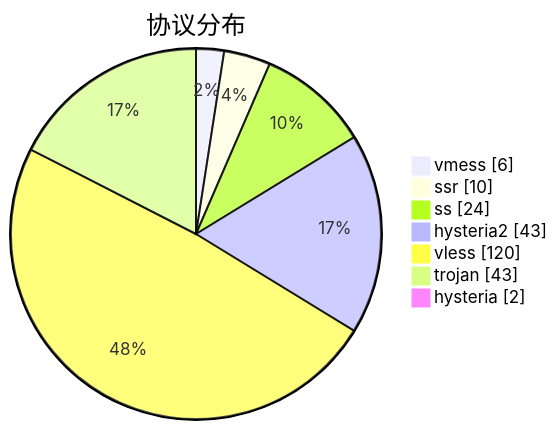
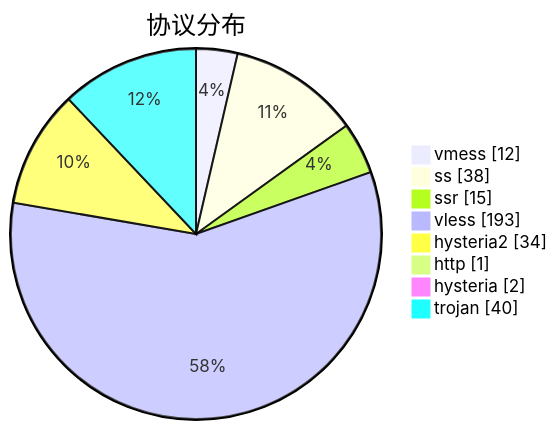
Before and after one commit to sinspired/airport: the third of 3 diagrams in subs/statistics/tested_within.md, drawn with Mermaid. The commit also changed other lines of this file and 2 other files, not shown here.

````diff
--- a/subs/statistics/tested_within.md
+++ b/subs/statistics/tested_within.md
@@ -40,11 +41,12 @@
 ```mermaid
 pie showData
 title 协议分布
-"vmess" : 6
-"ssr" : 10
-"ss" : 24
-"hysteria2" : 43
-"vless" : 120
-"trojan" : 43
+"vmess" : 12
+"ss" : 38
+"ssr" : 15
+"vless" : 193
+"hysteria2" : 34
+"http" : 1
 "hysteria" : 2
+"trojan" : 40
 ```
````
